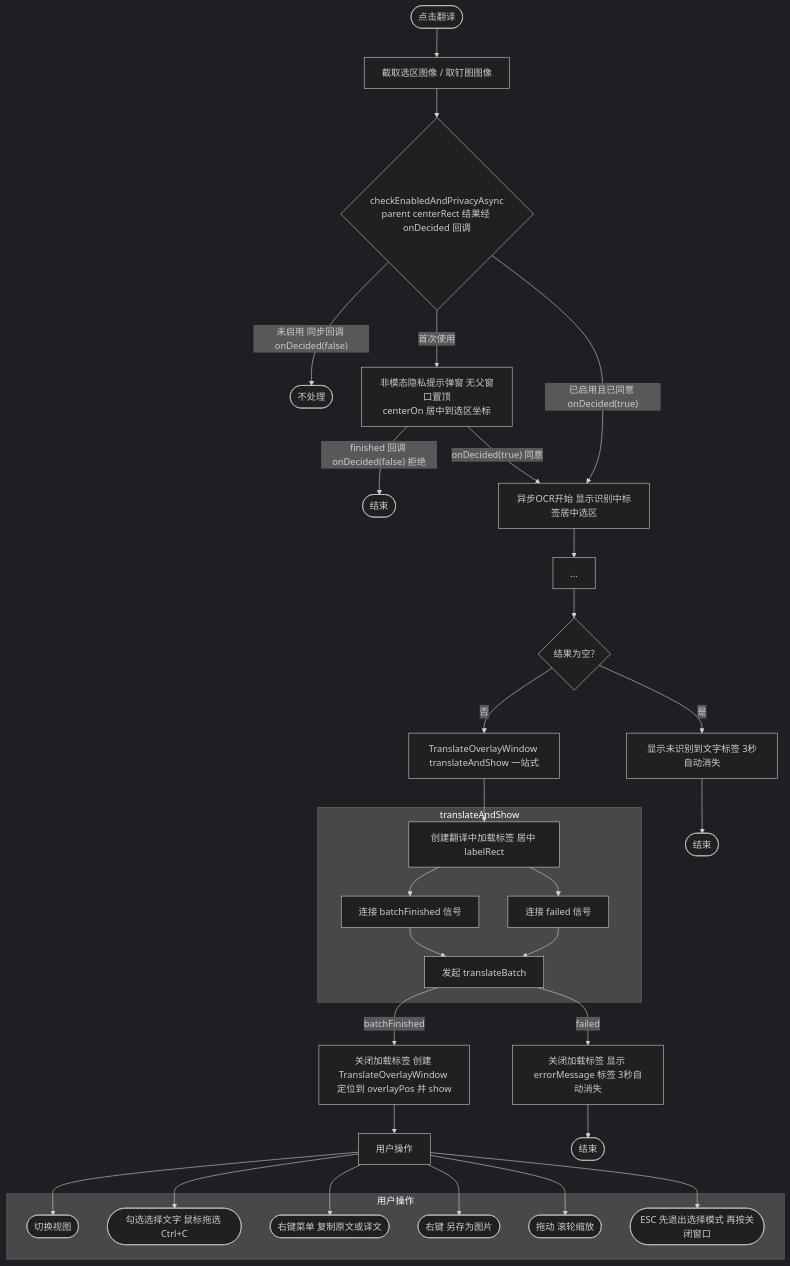
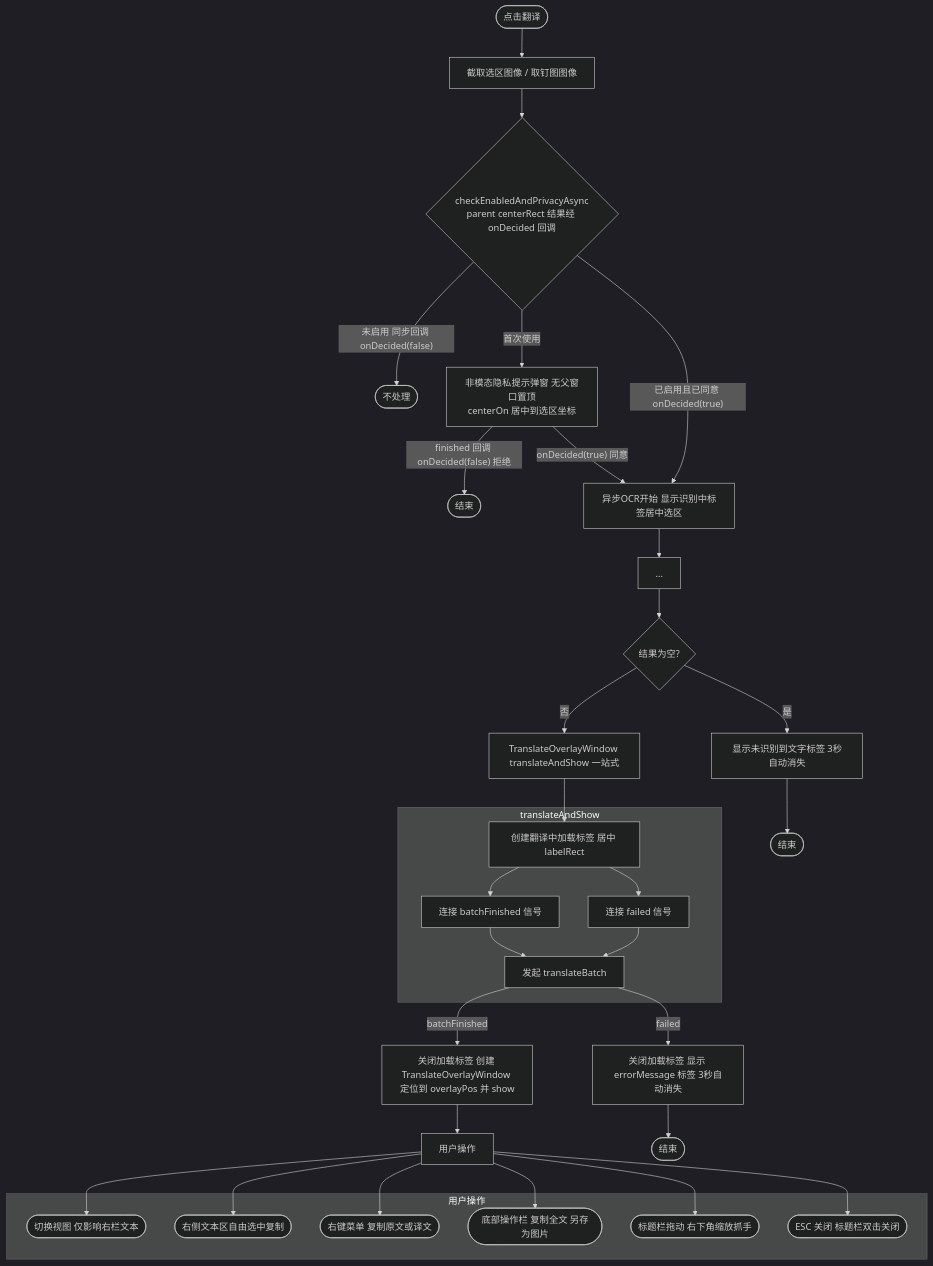
One commit to ChiangyangNPU/quick-shot changed the seventh of 12 diagrams in docs/translation-design.md. Above: the diagram before and after it, drawn with Mermaid (dark theme). The commit also changed other lines of this file and 5 other files, not shown here.

````diff
--- a/docs/translation-design.md
+++ b/docs/translation-design.md
@@ -458,49 +456,49 @@
 ```mermaid
 flowchart TD
     Start(["点击翻译"]) --> GetPix["截取选区图像 / 取钉图图像"]
     GetPix --> Check{"checkEnabledAndPrivacyAsync<br/>parent centerRect 结果经 onDecided 回调"}
     Check -->|"未启用 同步回调 onDecided(false)"| End0(["不处理"])
     Check -->|"首次使用"| PrivacyDlg["非模态隐私提示弹窗 无父窗口置顶<br/>centerOn 居中到选区坐标"]
     PrivacyDlg -->|"finished 回调 onDecided(false) 拒绝"| End1(["结束"])
     PrivacyDlg -->|"onDecided(true) 同意"| OcrStart["异步OCR开始 显示识别中标签居中选区"]
 
     Check -->|"已启用且已同意 onDecided(true)"| OcrStart
 
     OcrStart --> OcrWait["..."]
     OcrWait --> OcrEmpty{"结果为空?"}
     OcrEmpty -->|"是"| EmptyTip["显示未识别到文字标签 3秒自动消失"] --> End2(["结束"])
     OcrEmpty -->|"否"| Translate["TranslateOverlayWindow translateAndShow 一站式"]
 
     subgraph translateAndShow
         T1["创建翻译中加载标签 居中 labelRect"]
         T2["连接 batchFinished 信号"]
         T3["连接 failed 信号"]
         T4["发起 translateBatch"]
     end
     Translate --> T1
     T1 --> T2
     T1 --> T3
     T2 --> T4
     T3 --> T4
 
     T4 -->|"batchFinished"| Ok["关闭加载标签 创建 TranslateOverlayWindow 定位到 overlayPos 并 show"]
     T4 -->|"failed"| Fail["关闭加载标签 显示 errorMessage 标签 3秒自动消失"]
 
     Ok --> UserOper["用户操作"]
     Fail --> End3(["结束"])
 
     subgraph 用户操作
-        U1(["切换视图"])
-        U2(["勾选选择文字 鼠标拖选 Ctrl+C"])
+        U1(["切换视图 仅影响右栏文本"])
+        U2(["右侧文本区自由选中复制"])
         U3(["右键菜单 复制原文或译文"])
-        U4(["右键 另存为图片"])
-        U5(["拖动 滚轮缩放"])
-        U6(["ESC 先退出选择模式 再按关闭窗口"])
+        U4(["底部操作栏 复制全文 另存为图片"])
+        U5(["标题栏拖动 右下角缩放抓手"])
+        U6(["ESC 关闭 标题栏双击关闭"])
     end
     UserOper --> U1
     UserOper --> U2
     UserOper --> U3
     UserOper --> U4
     UserOper --> U5
     UserOper --> U6
 ```
````
